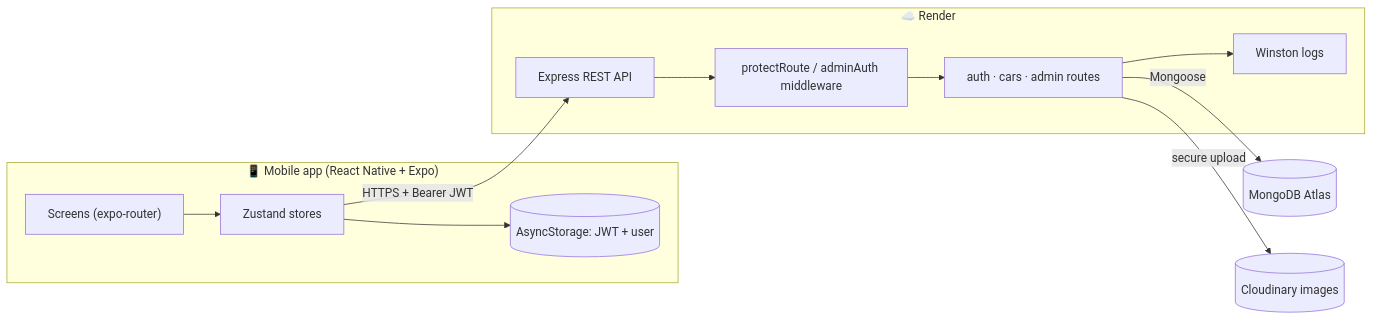
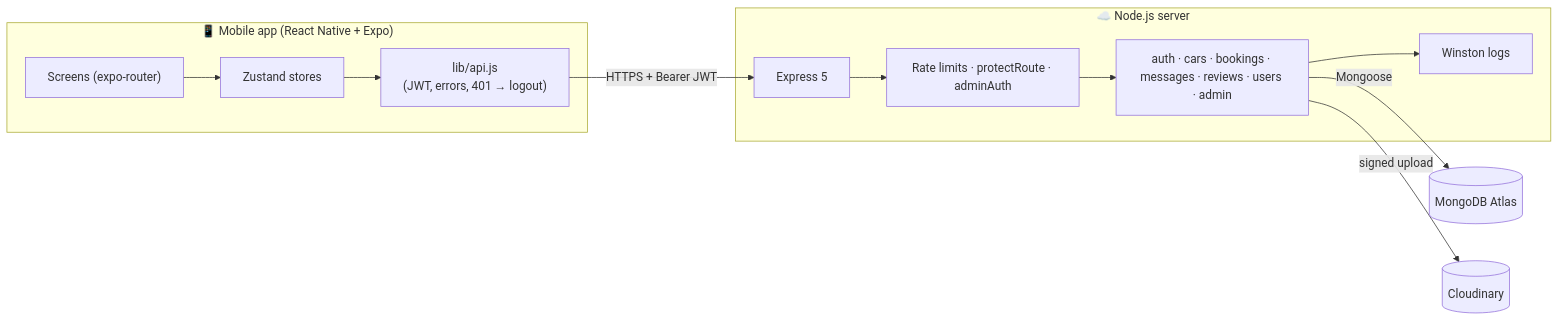
The first of 2 diagrams in README.md (adnane-amrs/REVZONE_MOBILE), drawn with Mermaid before and after one commit. The commit also changed other lines of this file and 106 other files, not shown here.

````diff
--- a/README.md
+++ b/README.md
@@ -80,18 +109,15 @@
 ```mermaid
 flowchart LR
-    subgraph Device["📱 Mobile app (React Native + Expo)"]
-        UI["Screens (expo-router)"] --> Store["Zustand stores"]
-        Store --> AS[("AsyncStorage: JWT + user")]
+    subgraph Phone["📱 Mobile app (React Native + Expo)"]
+        UI["Screens (expo-router)"] --> Stores["Zustand stores"]
+        Stores --> API["lib/api.js<br/>(JWT, errors, 401 → logout)"]
     end
-
-    Store -- "HTTPS + Bearer JWT" --> API
-
-    subgraph Server["☁️ Render"]
-        API["Express REST API"] --> MW["protectRoute / adminAuth middleware"]
-        MW --> Routes["auth · cars · admin routes"]
-        Routes --> Log["Winston logs"]
+    API -- "HTTPS + Bearer JWT" --> Express
+    subgraph Server["☁️ Node.js server"]
+        Express["Express 5"] --> Guards["Rate limits · protectRoute · adminAuth"]
+        Guards --> Routes["auth · cars · bookings · messages · reviews · users · admin"]
+        Routes --> Logs["Winston logs"]
     end
-
     Routes -- "Mongoose" --> DB[("MongoDB Atlas")]
-    Routes -- "secure upload" --> CDN[("Cloudinary images")]
+    Routes -- "signed upload" --> CDN[("Cloudinary")]
 ```
````
